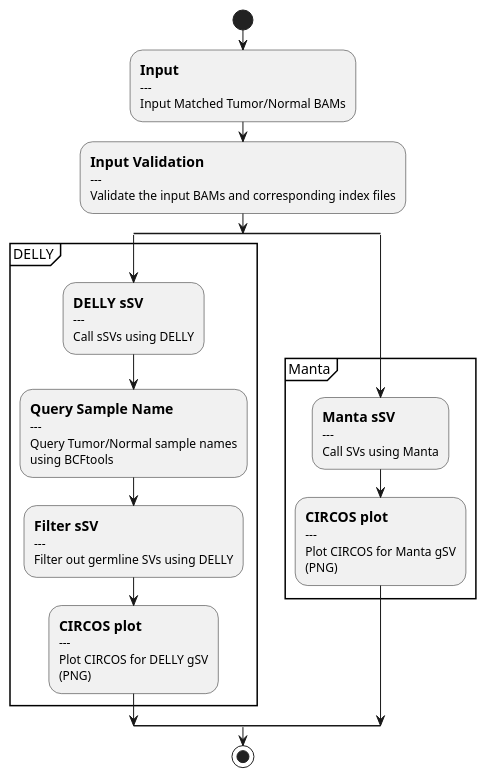
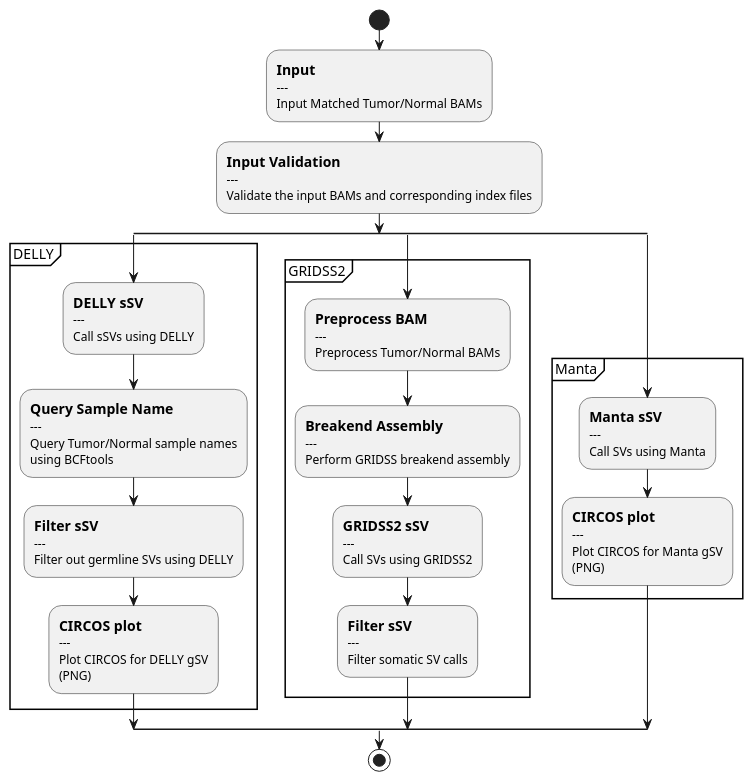
Before and after one commit to uclahs-cds/pipeline-call-sSV: the diagram in docs/call-sSV.puml, drawn with PlantUML. The commit also changed 6 other files, not shown here.

```diff
--- a/docs/call-sSV.puml
+++ b/docs/call-sSV.puml
@@ -1,43 +1,59 @@
 @startuml
 skinparam SwimlaneTitleFontStyle bold
 
 start
 
 :==Input
 ---
 Input Matched Tumor/Normal BAMs;
 :==Input Validation
 ---
 Validate the input BAMs and corresponding index files;
 
 split
 partition "DELLY" {
     :==DELLY sSV
     ---
     Call sSVs using DELLY;
     :==Query Sample Name
     ---
     Query Tumor/Normal sample names
     using BCFtools;
     :==Filter sSV
     ---
     Filter out germline SVs using DELLY;
     :==CIRCOS plot
     ---
     Plot CIRCOS for DELLY gSV
     (PNG);
     }
 
 split again
+partition "GRIDSS2" {
+    :==Preprocess BAM
+    ---
+    Preprocess Tumor/Normal BAMs;
+    :==Breakend Assembly
+    ---
+    Perform GRIDSS breakend assembly;
+    :==GRIDSS2 sSV
+    ---
+    Call SVs using GRIDSS2;
+    :==Filter sSV
+    ---
+    Filter somatic SV calls;
+    }
+
+split again
 partition "Manta" {
     :==Manta sSV
     ---
     Call SVs using Manta;
     :==CIRCOS plot
     ---
     Plot CIRCOS for Manta gSV
     (PNG);
     }
 end split
 stop
 @enduml
```
